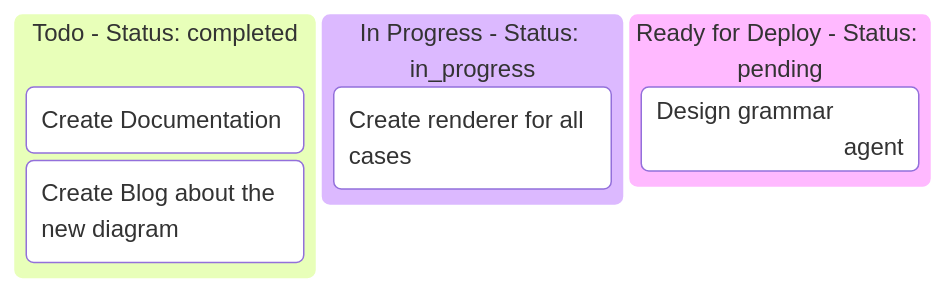
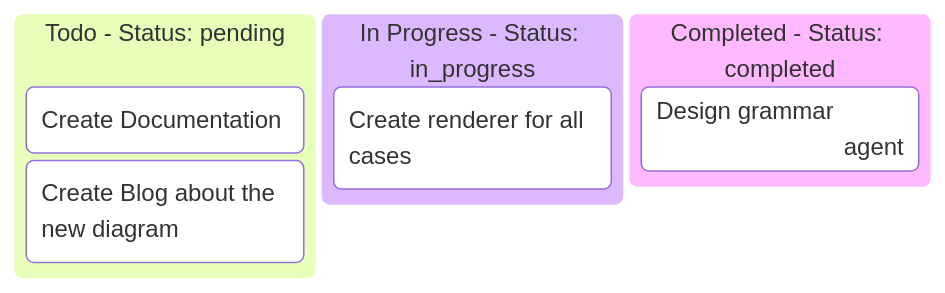
The eighth of 9 diagrams in agent-log-analysis/SKILL.md (Cogni-AI-OU/cogni-ai-agent-skills), drawn with Mermaid before and after one commit. The commit also changed other lines of this file, not shown here.

````diff
--- a/agent-log-analysis/SKILL.md
+++ b/agent-log-analysis/SKILL.md
@@ -254,10 +257,10 @@
 ```mermaid
 kanban
-  Todo - Status: completed
+  Todo - Status: pending
     [Create Documentation]
     docs[Create Blog about the new diagram]
   In Progress - Status: in_progress
     id6[Create renderer for all cases]
-  Ready for Deploy - Status: pending
+  Completed - Status: completed
     id8[Design grammar]@{ assigned: 'agent' }
 ```
````
